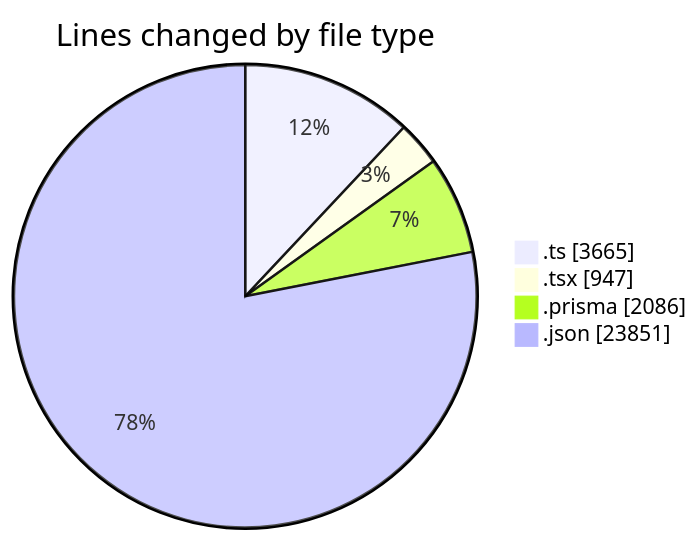
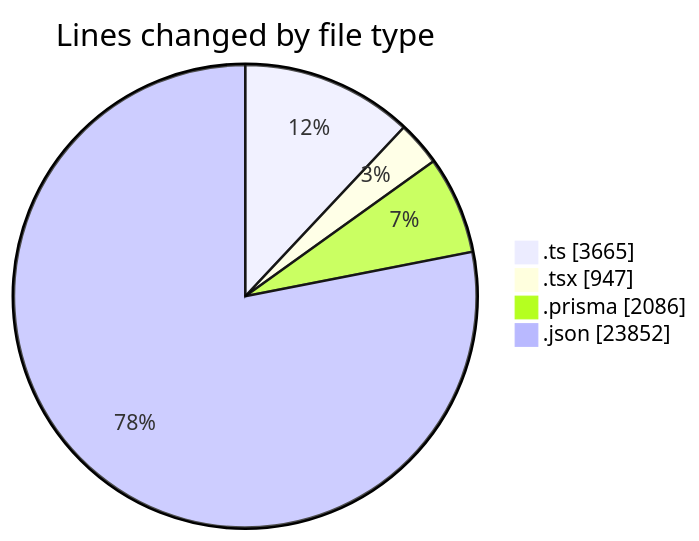
Before and after one commit to CELIANVF/code-tracking: the first of 2 diagrams in 2025-05-19/ecodeli-1/README.md, drawn with Mermaid. The commit also changed other lines of this file and 1 other file, not shown here.

````diff
--- a/2025-05-19/ecodeli-1/README.md
+++ b/2025-05-19/ecodeli-1/README.md
@@ -32,8 +32,8 @@
 ```mermaid
 pie showData
 title Lines changed by file type
 ".ts" : 3665
 ".tsx" : 947
 ".prisma" : 2086
-".json" : 23851
+".json" : 23852
 ```
````
